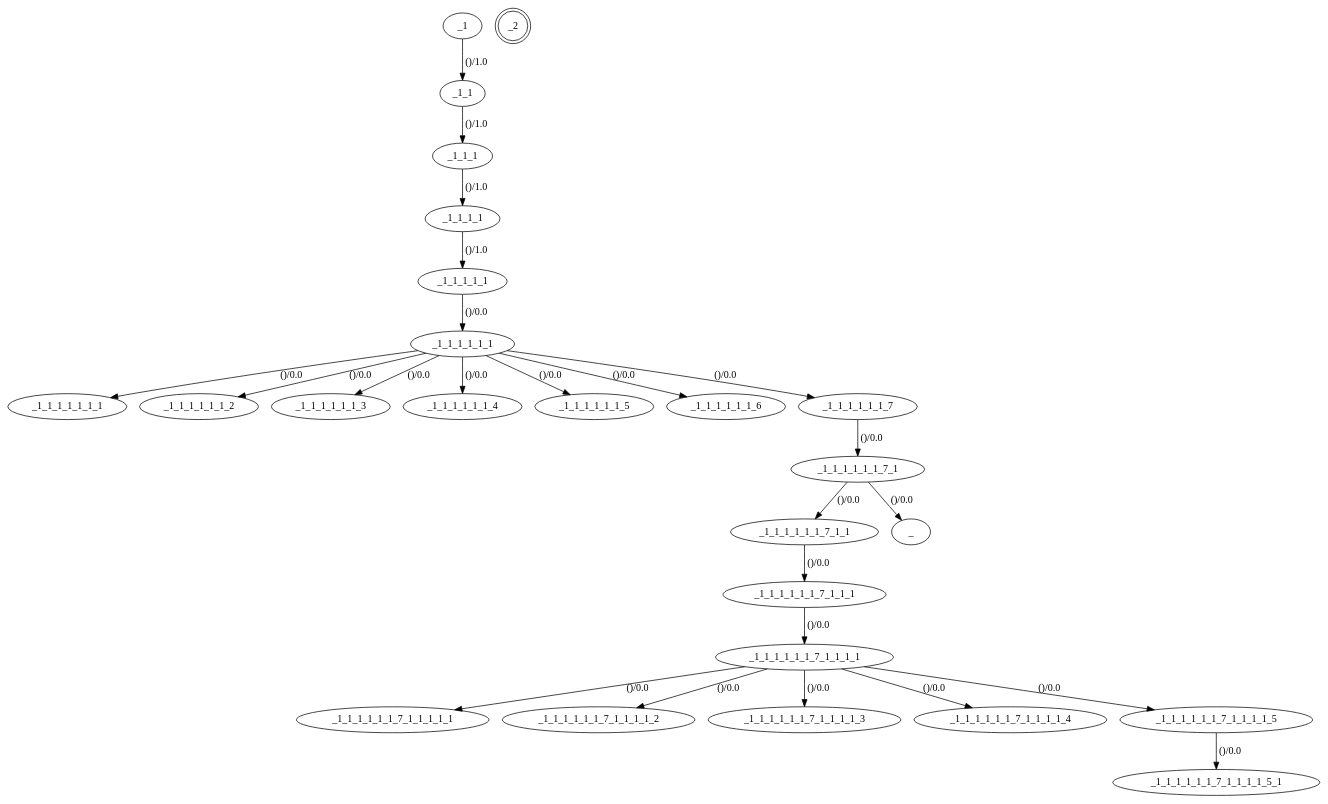
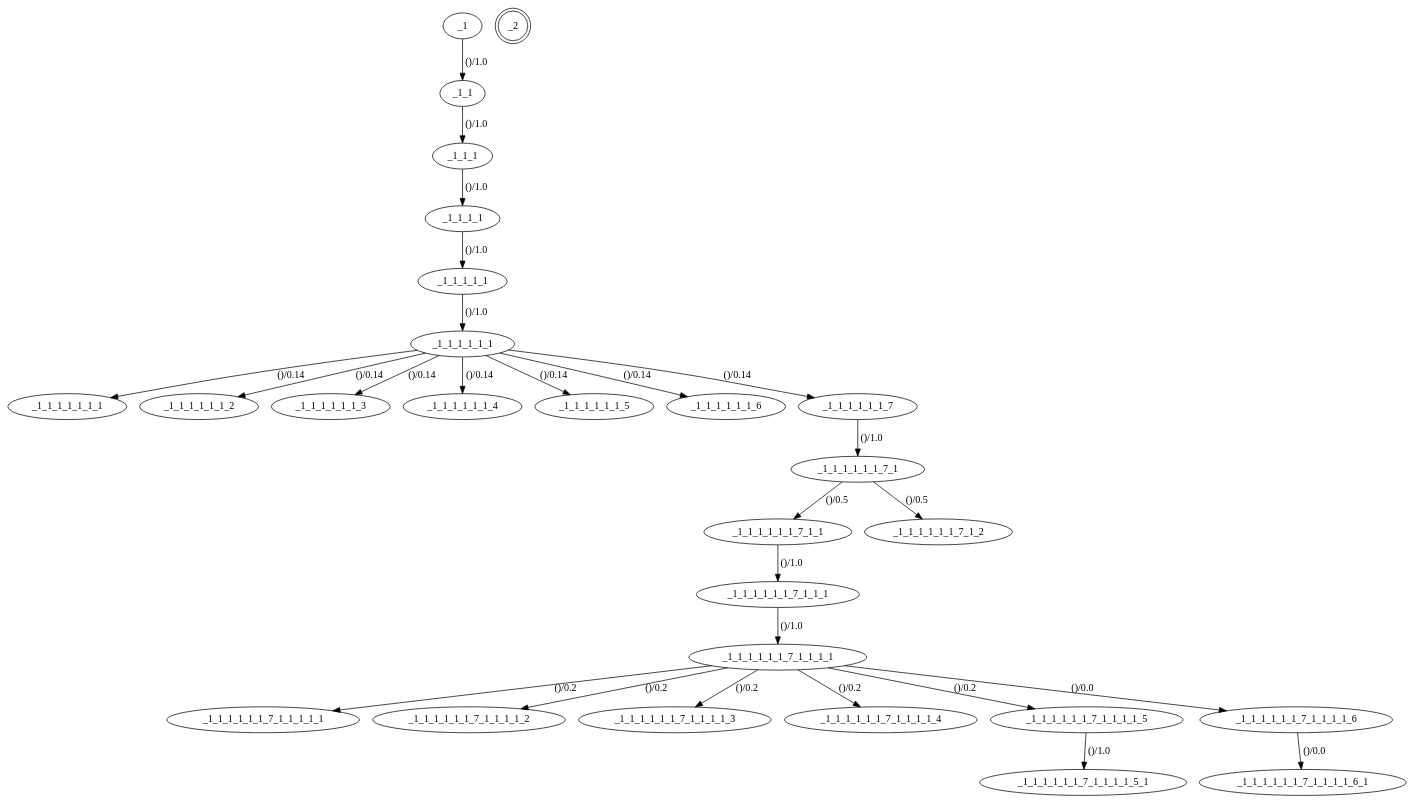
The diagram in qauto_deco/pagemodel/structure.gv (helttu/slideco-tests), drawn with Graphviz before and after one commit. The commit also changed 3 other files, not shown here.

```diff
--- a/qauto_deco/pagemodel/structure.gv
+++ b/qauto_deco/pagemodel/structure.gv
@@ -1,51 +1,56 @@
 digraph default_model {
 //States
 _1
 _1_1_1
 _1_1
 _1_1_1_1
 _1_1_1_1_1
 _1_1_1_1_1_1
 _1_1_1_1_1_1_1
 _1_1_1_1_1_1_2
 _1_1_1_1_1_1_3
 _1_1_1_1_1_1_4
 _1_1_1_1_1_1_5
 _1_1_1_1_1_1_6
 _1_1_1_1_1_1_7
 _1_1_1_1_1_1_7_1
 _1_1_1_1_1_1_7_1_1
 _1_1_1_1_1_1_7_1_1_1
 _1_1_1_1_1_1_7_1_1_1_1
 _1_1_1_1_1_1_7_1_1_1_1_1
 _1_1_1_1_1_1_7_1_1_1_1_2
 _1_1_1_1_1_1_7_1_1_1_1_3
 _1_1_1_1_1_1_7_1_1_1_1_4
 _1_1_1_1_1_1_7_1_1_1_1_5
 _1_1_1_1_1_1_7_1_1_1_1_5_1
+_1_1_1_1_1_1_7_1_2
+_1_1_1_1_1_1_7_1_1_1_1_6
+_1_1_1_1_1_1_7_1_1_1_1_6_1
 _2[shape = "doublecircle"]
 //Transitions
 _1 -> _1_1[ label = "()/1.0", probability = "1.0", set_guard = "(u'', u'')", check_guard = "(u'', u'')", edge_id = "fc549930-c01f-11e5-bdbc-a94980e8de8d"]
 _1_1 -> _1_1_1[ label = "()/1.0", probability = "1.0", set_guard = "(u'', u'')", check_guard = "(u'', u'')", edge_id = "fe4879ee-c01f-11e5-8b18-a94980e8de8d"]
 _1_1_1 -> _1_1_1_1[ label = "()/1.0", probability = "1.0", set_guard = "(u'', u'')", check_guard = "(u'', u'')", edge_id = "ac323121-c02d-11e5-8503-a94980e8de8d"]
 _1_1_1_1 -> _1_1_1_1_1[ label = "()/1.0", probability = "1.0", set_guard = "(u'', u'')", check_guard = "(u'', u'')", edge_id = "2e873671-c02e-11e5-a260-a94980e8de8d"]
-_1_1_1_1_1 -> _1_1_1_1_1_1[ label = "()/0.0", probability = "0.0", set_guard = "('', '')", check_guard = "('', '')", edge_id = "fa83d631-c032-11e5-aabc-a94980e8de8d"]
-_1_1_1_1_1_1 -> _1_1_1_1_1_1_1[ label = "()/0.0", probability = "0.0", set_guard = "('', '')", check_guard = "('', '')", edge_id = "8bbcdc9f-c038-11e5-88a6-a94980e8de8d"]
-_1_1_1_1_1_1 -> _1_1_1_1_1_1_2[ label = "()/0.0", probability = "0.0", set_guard = "('', '')", check_guard = "('', '')", edge_id = "e2cac7ef-c038-11e5-b7d3-a94980e8de8d"]
-_1_1_1_1_1_1 -> _1_1_1_1_1_1_3[ label = "()/0.0", probability = "0.0", set_guard = "('', '')", check_guard = "('', '')", edge_id = "0b82f9ae-c039-11e5-b3ff-a94980e8de8d"]
-_1_1_1_1_1_1 -> _1_1_1_1_1_1_4[ label = "()/0.0", probability = "0.0", set_guard = "('', '')", check_guard = "('', '')", edge_id = "3bceb6e2-c039-11e5-9122-a94980e8de8d"]
-_1_1_1_1_1_1 -> _1_1_1_1_1_1_5[ label = "()/0.0", probability = "0.0", set_guard = "('', '')", check_guard = "('', '')", edge_id = "fdcfa1a1-c039-11e5-8b14-a94980e8de8d"]
-_1_1_1_1_1_1 -> _1_1_1_1_1_1_6[ label = "()/0.0", probability = "0.0", set_guard = "('', '')", check_guard = "('', '')", edge_id = "ff775e30-c039-11e5-93ba-a94980e8de8d"]
-_1_1_1_1_1_1 -> _1_1_1_1_1_1_7[ label = "()/0.0", probability = "0.0", set_guard = "('', '')", check_guard = "('', '')", edge_id = "01636f5f-c03d-11e5-94c1-a94980e8de8d"]
-_1_1_1_1_1_1_7 -> _1_1_1_1_1_1_7_1[ label = "()/0.0", probability = "0.0", set_guard = "('', '')", check_guard = "('', '')", edge_id = "63c5beb1-c03d-11e5-986f-a94980e8de8d"]
-_1_1_1_1_1_1_7_1 -> _1_1_1_1_1_1_7_1_1[ label = "()/0.0", probability = "0.0", set_guard = "('', '')", check_guard = "('', '')", edge_id = "81ed66c1-c03f-11e5-b923-a94980e8de8d"]
-_1_1_1_1_1_1_7_1_1 -> _1_1_1_1_1_1_7_1_1_1[ label = "()/0.0", probability = "0.0", set_guard = "('', '')", check_guard = "('', '')", edge_id = "80083690-c040-11e5-a873-a94980e8de8d"]
-_1_1_1_1_1_1_7_1_1_1 -> _1_1_1_1_1_1_7_1_1_1_1[ label = "()/0.0", probability = "0.0", set_guard = "('', '')", check_guard = "('', '')", edge_id = "110f70e2-c041-11e5-8143-a94980e8de8d"]
-_1_1_1_1_1_1_7_1_1_1_1 -> _1_1_1_1_1_1_7_1_1_1_1_1[ label = "()/0.0", probability = "0.0", set_guard = "('', '')", check_guard = "('', '')", edge_id = "cb99f522-c041-11e5-8451-a94980e8de8d"]
-_1_1_1_1_1_1_7_1_1_1_1 -> _1_1_1_1_1_1_7_1_1_1_1_2[ label = "()/0.0", probability = "0.0", set_guard = "('', '')", check_guard = "('', '')", edge_id = "018954a1-c042-11e5-88d0-a94980e8de8d"]
-_1_1_1_1_1_1_7_1_1_1_1 -> _1_1_1_1_1_1_7_1_1_1_1_3[ label = "()/0.0", probability = "0.0", set_guard = "('', '')", check_guard = "('', '')", edge_id = "2f99eede-c042-11e5-a975-a94980e8de8d"]
-_1_1_1_1_1_1_7_1_1_1_1 -> _1_1_1_1_1_1_7_1_1_1_1_4[ label = "()/0.0", probability = "0.0", set_guard = "('', '')", check_guard = "('', '')", edge_id = "59dcb841-c042-11e5-a3d8-a94980e8de8d"]
-_1_1_1_1_1_1_7_1_1_1_1 -> _1_1_1_1_1_1_7_1_1_1_1_5[ label = "()/0.0", probability = "0.0", set_guard = "('', '')", check_guard = "('', '')", edge_id = "9ddb07e2-c042-11e5-a824-a94980e8de8d"]
-_1_1_1_1_1_1_7_1_1_1_1_5 -> _1_1_1_1_1_1_7_1_1_1_1_5_1[ label = "()/0.0", probability = "0.0", set_guard = "('', '')", check_guard = "('', '')", edge_id = "a6ca075e-c0c0-11e5-bbbb-a94980e8de8d"]
-_1_1_1_1_1_1_7_1 -> _[ label = "()/0.0", probability = "0.0", set_guard = "('', '')", check_guard = "('', '')", edge_id = "90f4aa10-c0c2-11e5-9162-a94980e8de8d"]
+_1_1_1_1_1 -> _1_1_1_1_1_1[ label = "()/1.0", probability = "1.0", set_guard = "(u'', u'')", check_guard = "(u'', u'')", edge_id = "fa83d631-c032-11e5-aabc-a94980e8de8d"]
+_1_1_1_1_1_1 -> _1_1_1_1_1_1_1[ label = "()/0.14", probability = "0.142857142857", set_guard = "(u'', u'')", check_guard = "(u'', u'')", edge_id = "8bbcdc9f-c038-11e5-88a6-a94980e8de8d"]
+_1_1_1_1_1_1 -> _1_1_1_1_1_1_2[ label = "()/0.14", probability = "0.142857142857", set_guard = "(u'', u'')", check_guard = "(u'', u'')", edge_id = "e2cac7ef-c038-11e5-b7d3-a94980e8de8d"]
+_1_1_1_1_1_1 -> _1_1_1_1_1_1_3[ label = "()/0.14", probability = "0.142857142857", set_guard = "(u'', u'')", check_guard = "(u'', u'')", edge_id = "0b82f9ae-c039-11e5-b3ff-a94980e8de8d"]
+_1_1_1_1_1_1 -> _1_1_1_1_1_1_4[ label = "()/0.14", probability = "0.142857142857", set_guard = "(u'', u'')", check_guard = "(u'', u'')", edge_id = "3bceb6e2-c039-11e5-9122-a94980e8de8d"]
+_1_1_1_1_1_1 -> _1_1_1_1_1_1_5[ label = "()/0.14", probability = "0.142857142857", set_guard = "(u'', u'')", check_guard = "(u'', u'')", edge_id = "fdcfa1a1-c039-11e5-8b14-a94980e8de8d"]
+_1_1_1_1_1_1 -> _1_1_1_1_1_1_6[ label = "()/0.14", probability = "0.142857142857", set_guard = "(u'', u'')", check_guard = "(u'', u'')", edge_id = "ff775e30-c039-11e5-93ba-a94980e8de8d"]
+_1_1_1_1_1_1 -> _1_1_1_1_1_1_7[ label = "()/0.14", probability = "0.142857142857", set_guard = "(u'', u'')", check_guard = "(u'', u'')", edge_id = "01636f5f-c03d-11e5-94c1-a94980e8de8d"]
+_1_1_1_1_1_1_7 -> _1_1_1_1_1_1_7_1[ label = "()/1.0", probability = "1.0", set_guard = "(u'', u'')", check_guard = "(u'', u'')", edge_id = "63c5beb1-c03d-11e5-986f-a94980e8de8d"]
+_1_1_1_1_1_1_7_1 -> _1_1_1_1_1_1_7_1_1[ label = "()/0.5", probability = "0.5", set_guard = "(u'', u'')", check_guard = "(u'', u'')", edge_id = "81ed66c1-c03f-11e5-b923-a94980e8de8d"]
+_1_1_1_1_1_1_7_1_1 -> _1_1_1_1_1_1_7_1_1_1[ label = "()/1.0", probability = "1.0", set_guard = "(u'', u'')", check_guard = "(u'', u'')", edge_id = "80083690-c040-11e5-a873-a94980e8de8d"]
+_1_1_1_1_1_1_7_1_1_1 -> _1_1_1_1_1_1_7_1_1_1_1[ label = "()/1.0", probability = "1.0", set_guard = "(u'', u'')", check_guard = "(u'', u'')", edge_id = "110f70e2-c041-11e5-8143-a94980e8de8d"]
+_1_1_1_1_1_1_7_1_1_1_1 -> _1_1_1_1_1_1_7_1_1_1_1_1[ label = "()/0.2", probability = "0.2", set_guard = "(u'', u'')", check_guard = "(u'', u'')", edge_id = "cb99f522-c041-11e5-8451-a94980e8de8d"]
+_1_1_1_1_1_1_7_1_1_1_1 -> _1_1_1_1_1_1_7_1_1_1_1_2[ label = "()/0.2", probability = "0.2", set_guard = "(u'', u'')", check_guard = "(u'', u'')", edge_id = "018954a1-c042-11e5-88d0-a94980e8de8d"]
+_1_1_1_1_1_1_7_1_1_1_1 -> _1_1_1_1_1_1_7_1_1_1_1_3[ label = "()/0.2", probability = "0.2", set_guard = "(u'', u'')", check_guard = "(u'', u'')", edge_id = "2f99eede-c042-11e5-a975-a94980e8de8d"]
+_1_1_1_1_1_1_7_1_1_1_1 -> _1_1_1_1_1_1_7_1_1_1_1_4[ label = "()/0.2", probability = "0.2", set_guard = "(u'', u'')", check_guard = "(u'', u'')", edge_id = "59dcb841-c042-11e5-a3d8-a94980e8de8d"]
+_1_1_1_1_1_1_7_1_1_1_1 -> _1_1_1_1_1_1_7_1_1_1_1_5[ label = "()/0.2", probability = "0.2", set_guard = "(u'', u'')", check_guard = "(u'', u'')", edge_id = "9ddb07e2-c042-11e5-a824-a94980e8de8d"]
+_1_1_1_1_1_1_7_1_1_1_1_5 -> _1_1_1_1_1_1_7_1_1_1_1_5_1[ label = "()/1.0", probability = "1.0", set_guard = "(u'', u'')", check_guard = "(u'', u'')", edge_id = "a6ca075e-c0c0-11e5-bbbb-a94980e8de8d"]
+_1_1_1_1_1_1_7_1 -> _1_1_1_1_1_1_7_1_2[ label = "()/0.5", probability = "0.5", set_guard = "(u'', u'')", check_guard = "(u'', u'')", edge_id = "90f4aa10-c0c2-11e5-9162-a94980e8de8d"]
+_1_1_1_1_1_1_7_1_1_1_1 -> _1_1_1_1_1_1_7_1_1_1_1_6[ label = "()/0.0", probability = "0.0", set_guard = "('', '')", check_guard = "('', '')", edge_id = "07bfa41e-c59f-11e5-ac9f-2c600cd4c6d7"]
+_1_1_1_1_1_1_7_1_1_1_1_6 -> _1_1_1_1_1_1_7_1_1_1_1_6_1[ label = "()/0.0", probability = "0.0", set_guard = "('', '')", check_guard = "('', '')", edge_id = "b18e8770-c5a2-11e5-922c-2c600cd4c6d7"]
 }
```
